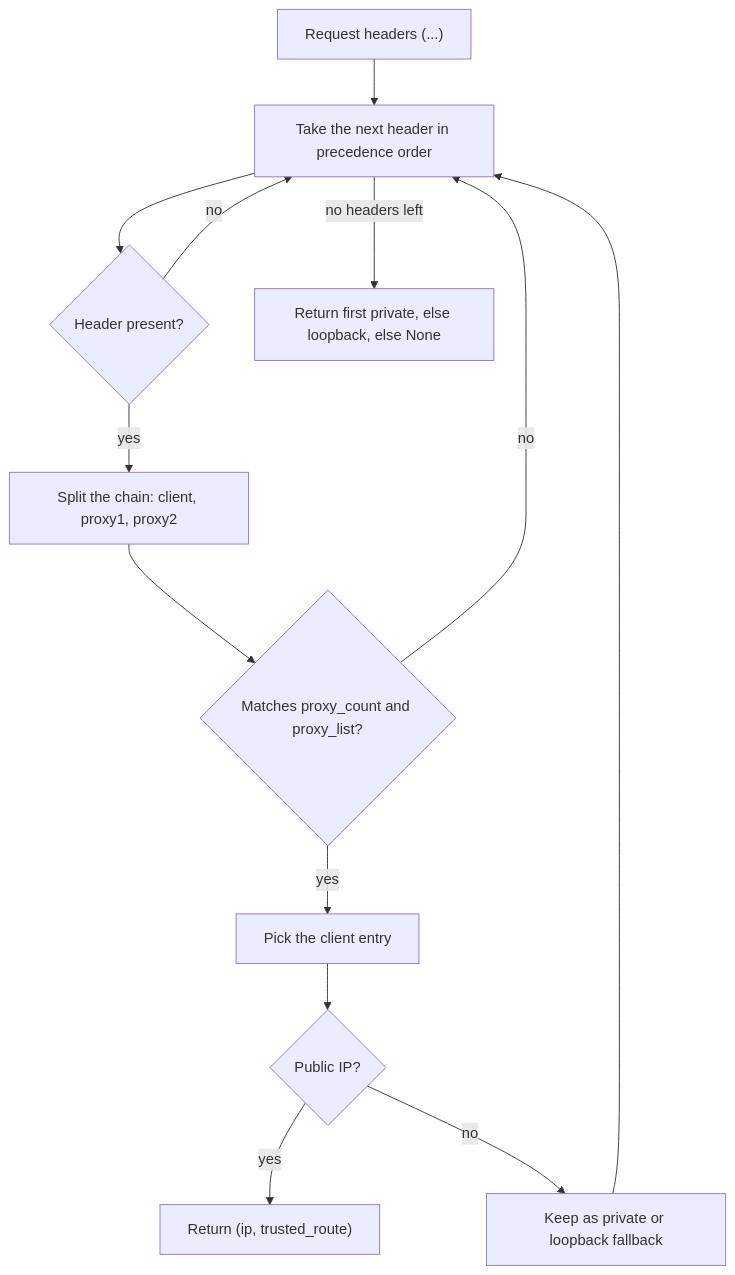
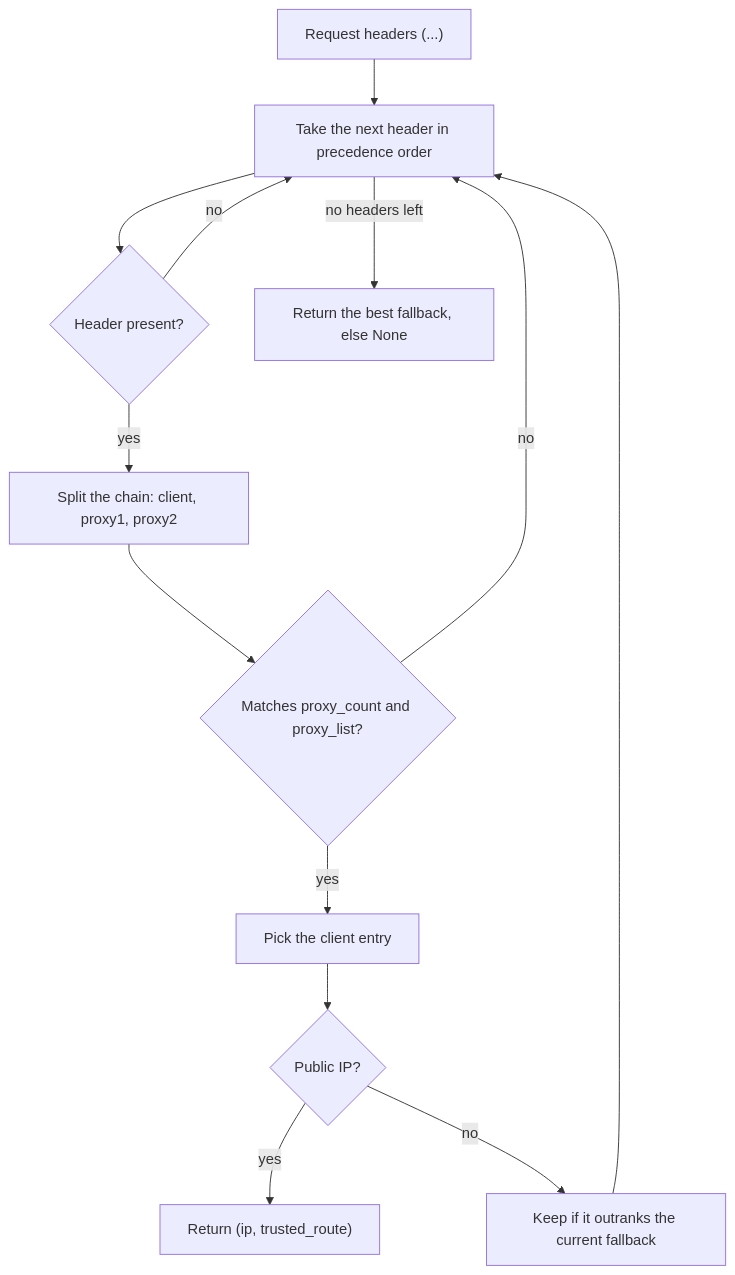
The third of 6 diagrams in README.md (un33k/python-ipware), drawn with Mermaid before and after one commit. The commit also changed other lines of this file and 9 other files, not shown here.

````diff
--- a/README.md
+++ b/README.md
@@ -107,15 +124,15 @@
 ```mermaid
 flowchart TD
     A["Request headers (...)"] --> B["Take the next header in precedence order"]
     B --> C{"Header present?"}
     C -->|no| B
     C -->|yes| D["Split the chain: client, proxy1, proxy2"]
     D --> E{"Matches proxy_count and proxy_list?"}
     E -->|no| B
     E -->|yes| F["Pick the client entry"]
     F --> G{"Public IP?"}
     G -->|yes| H["Return (ip, trusted_route)"]
-    G -->|no| I["Keep as private or loopback fallback"]
+    G -->|no| I["Keep if it outranks the current fallback"]
     I --> B
-    B -->|no headers left| J["Return first private, else loopback, else None"]
+    B -->|no headers left| J["Return the best fallback, else None"]
 ```
````
